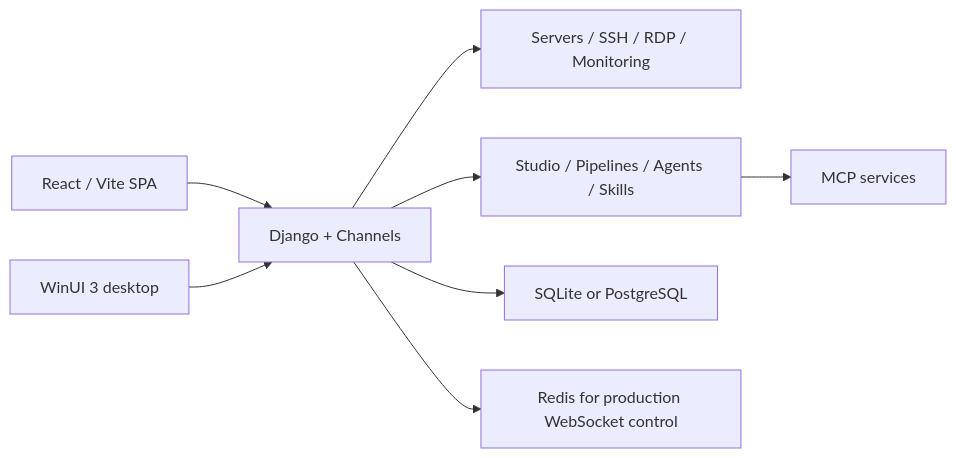
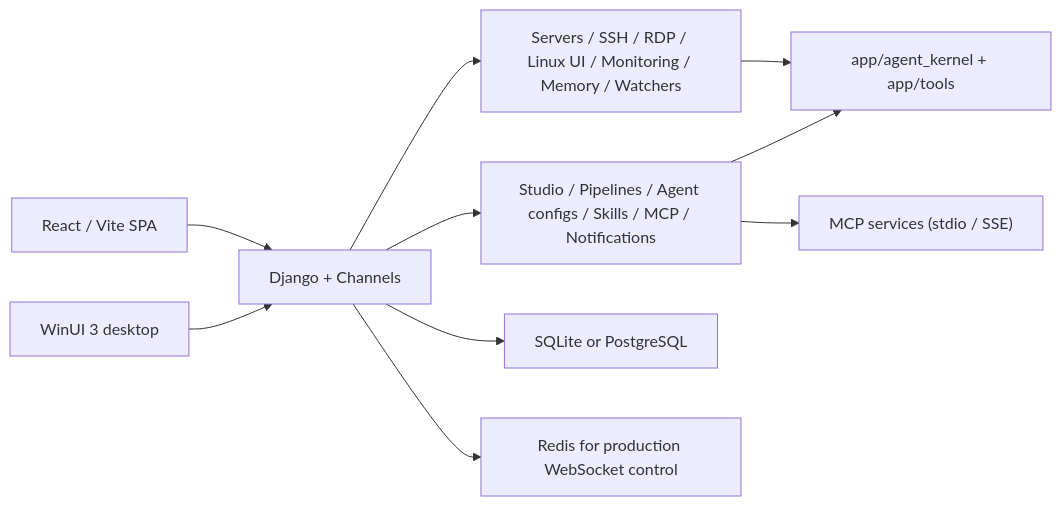
One commit to LLprod39/WebTerm changed the diagram in README.md. Above: the diagram before and after it, drawn with Mermaid. The commit also changed other lines of this file, not shown here.

Commit message:
docs(readme): refresh main README for Nova, snapshots, layered memory and settings redesign

````diff
--- a/README.md
+++ b/README.md
@@ -60,10 +65,12 @@
 ```mermaid
 flowchart LR
     UI["React / Vite SPA"] --> API["Django + Channels"]
     Desktop["WinUI 3 desktop"] --> API
-    API --> Servers["Servers / SSH / RDP / Monitoring"]
-    API --> Studio["Studio / Pipelines / Agents / Skills"]
-    Studio --> MCP["MCP services"]
+    API --> Servers["Servers / SSH / RDP / Linux UI / Monitoring / Memory / Watchers"]
+    API --> Studio["Studio / Pipelines / Agent configs / Skills / MCP / Notifications"]
+    Servers --> Kernel["app/agent_kernel + app/tools"]
+    Studio --> Kernel
+    Studio --> MCP["MCP services (stdio / SSE)"]
     API --> DB["SQLite or PostgreSQL"]
     API --> Redis["Redis for production WebSocket control"]
 ```
````
